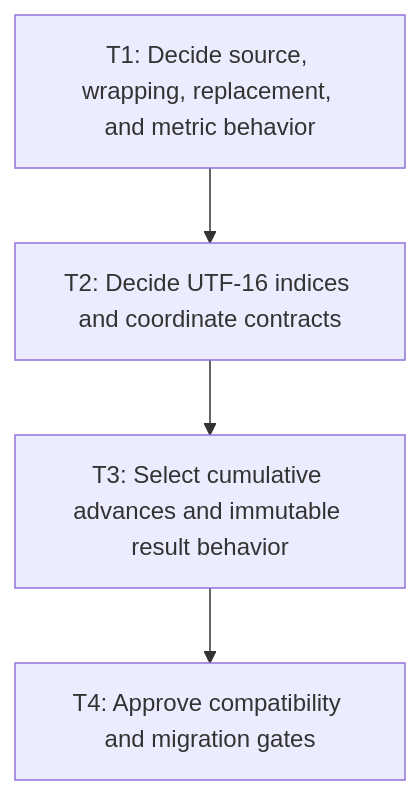
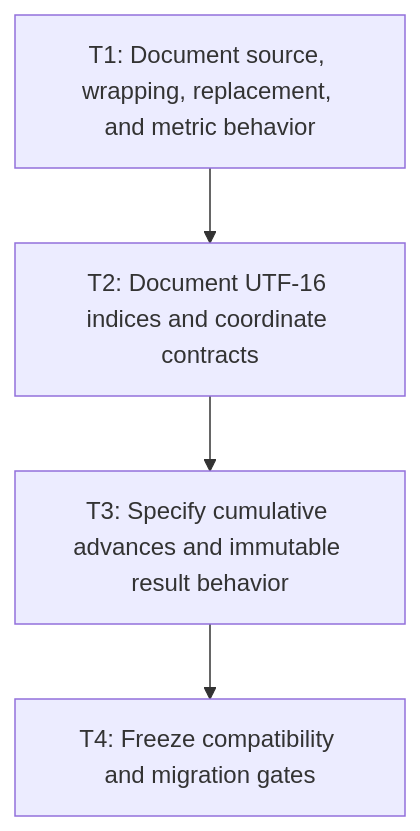
Before and after one commit to SpinyOwl/SpinyGUI: the diagram in docs/work/E5/M2/P1 - Approve resolved-measurement contracts.md, drawn with Mermaid. The commit also changed other lines of this file and 6 other files, not shown here.

````diff
--- a/docs/work/E5/M2/P1 - Approve resolved-measurement contracts.md
+++ b/docs/work/E5/M2/P1 - Approve resolved-measurement contracts.md
@@ -155,10 +198,10 @@
 ```mermaid
 flowchart TD
-  T1["T1: Decide source, wrapping, replacement, and metric behavior"]
-  T2["T2: Decide UTF-16 indices and coordinate contracts"]
-  T3["T3: Select cumulative advances and immutable result behavior"]
-  T4["T4: Approve compatibility and migration gates"]
+  T1["T1: Document source, wrapping, replacement, and metric behavior"]
+  T2["T2: Document UTF-16 indices and coordinate contracts"]
+  T3["T3: Specify cumulative advances and immutable result behavior"]
+  T4["T4: Freeze compatibility and migration gates"]
   T1 --> T2
   T2 --> T3
   T3 --> T4
 ```
````
